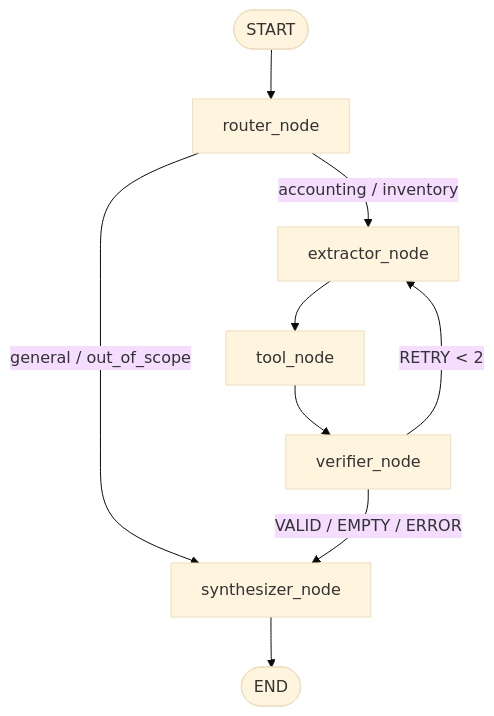
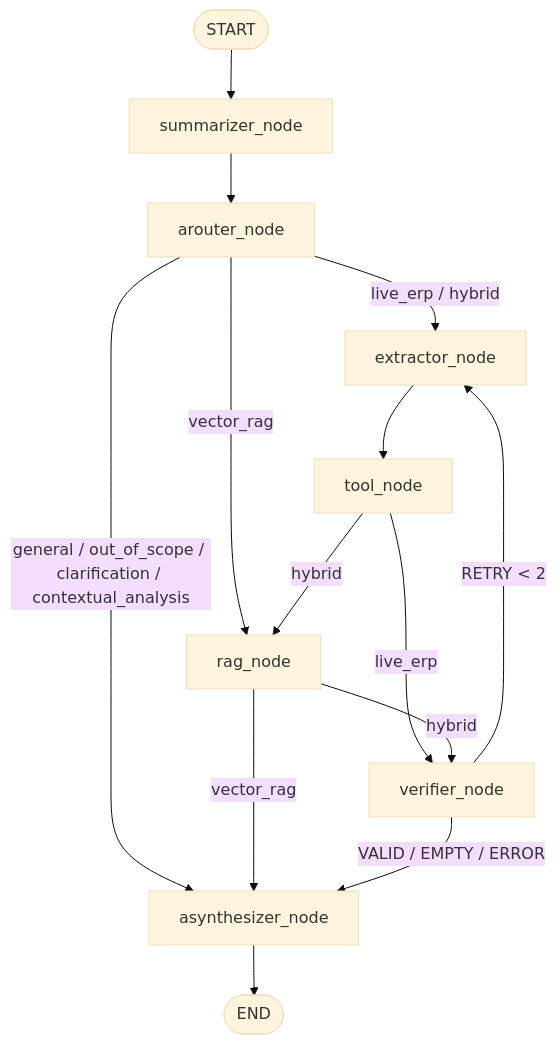
The diagram in .agents/GEMINI.md (prog9fastprint/erp-langgraph), drawn with Mermaid (base theme) before and after one commit. The commit also changed other lines of this file and 10 other files, not shown here.

Commit message:
docs: add architecture map, archive legacy reports, sync agent guide

````diff
--- a/.agents/GEMINI.md
+++ b/.agents/GEMINI.md
@@ -63,11 +64,16 @@
 ```mermaid
 graph TD
-    START([START]) --> Router[router_node]
-    Router -->|accounting / inventory| Extractor[extractor_node]
-    Router -->|general / out_of_scope| Synthesizer[synthesizer_node]
+    START([START]) --> Summarizer[summarizer_node]
+    Summarizer --> Router[arouter_node]
+    Router -->|live_erp / hybrid| Extractor[extractor_node]
+    Router -->|vector_rag| RagNode[rag_node]
+    Router -->|general / out_of_scope / clarification / contextual_analysis| Synthesizer[asynthesizer_node]
     Extractor --> ToolNode[tool_node]
-    ToolNode --> Verifier[verifier_node]
+    ToolNode -->|hybrid| RagNode
+    ToolNode -->|live_erp| Verifier[verifier_node]
+    RagNode -->|hybrid| Verifier
+    RagNode -->|vector_rag| Synthesizer
     Verifier -->|RETRY < 2| Extractor
     Verifier -->|VALID / EMPTY / ERROR| Synthesizer
     Synthesizer --> END([END])
 ```
````
